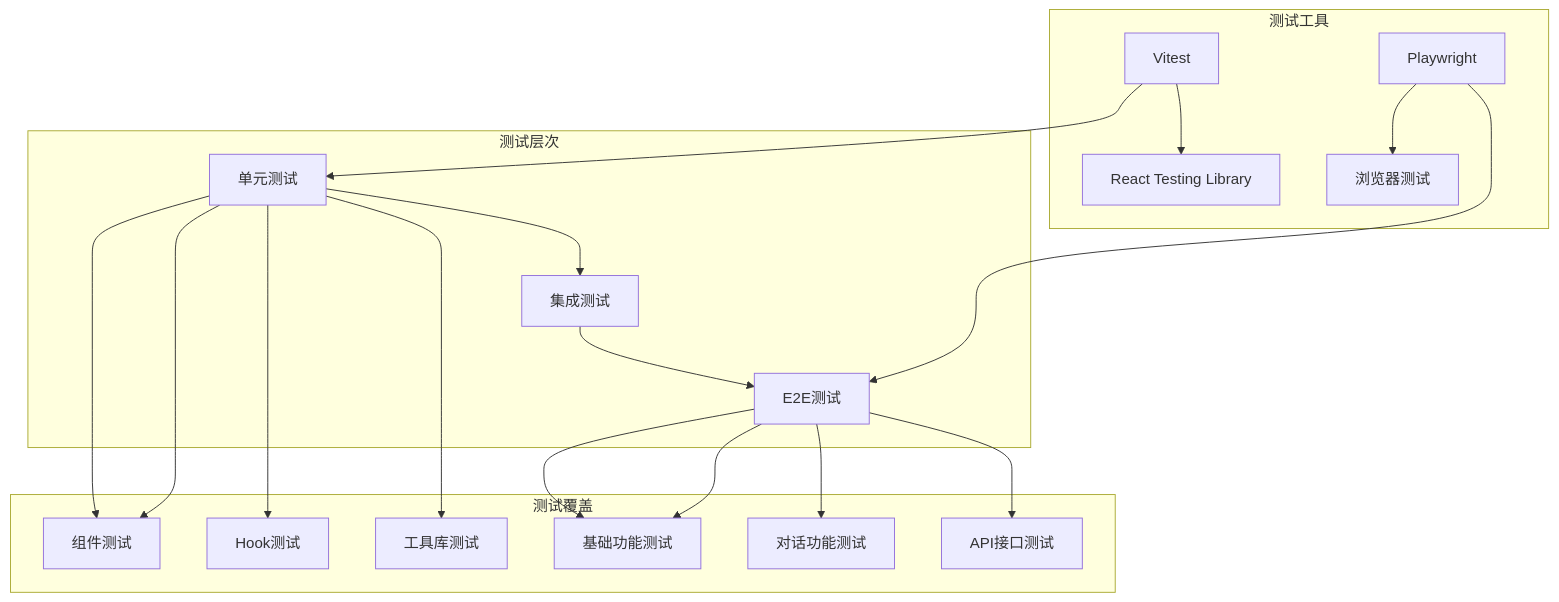
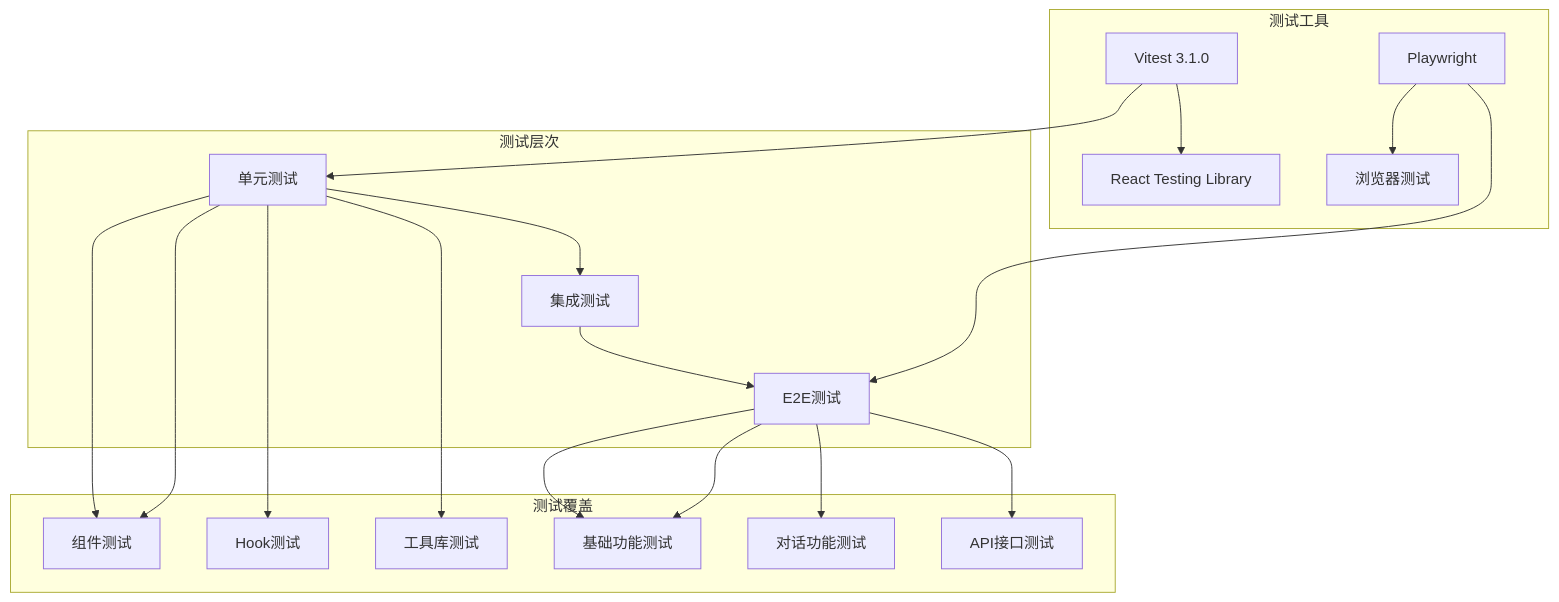
Before and after one commit to CryptoLinxu/Web3-AI-Agent: the ninth of 16 diagrams in .qoder/repowiki/zh/content/项目概述/部署指南/CI_CD自动化部署.md, drawn with Mermaid. The commit also changed other lines of this file and 5 other files, not shown here.

````diff
--- a/.qoder/repowiki/zh/content/项目概述/部署指南/CI_CD自动化部署.md
+++ b/.qoder/repowiki/zh/content/项目概述/部署指南/CI_CD自动化部署.md
@@ -310,23 +313,23 @@
 ```mermaid
 graph TB
 subgraph "测试层次"
 UnitTest[单元测试] --> IntegrationTest[集成测试]
 IntegrationTest --> E2ETest[E2E测试]
 end
 subgraph "测试工具"
-Vitest[Vitest] --> ReactTesting[React Testing Library]
+Vitest[Vitest 3.1.0] --> ReactTesting[React Testing Library]
 Playwright[Playwright] --> BrowserTest[浏览器测试]
 end
 subgraph "测试覆盖"
 UnitTest --> ComponentTest[组件测试]
 UnitTest --> HookTest[Hook测试]
 UnitTest --> LibTest[工具库测试]
 E2ETest --> BasicTest[基础功能测试]
 E2ETest --> ChatTest[对话功能测试]
 E2ETest --> APITest[API接口测试]
 end
 Vitest --> UnitTest
 Playwright --> E2ETest
 UnitTest --> ComponentTest
 E2ETest --> BasicTest
 ```
````
